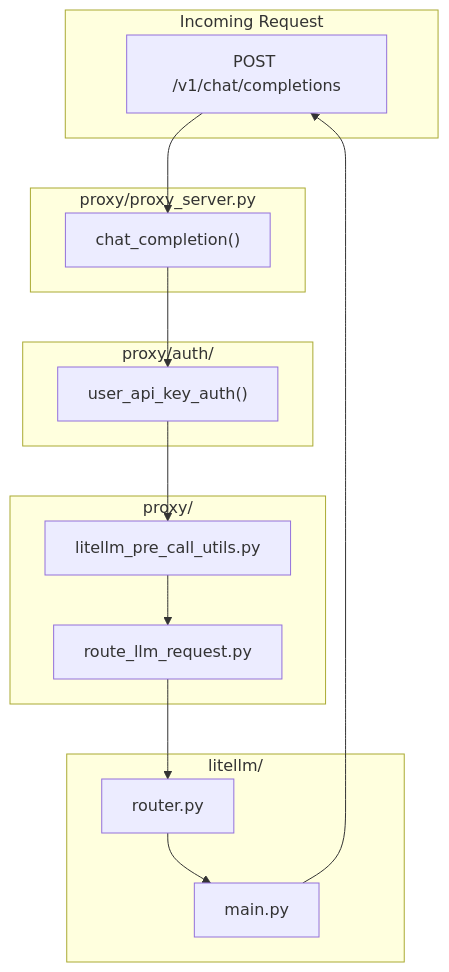
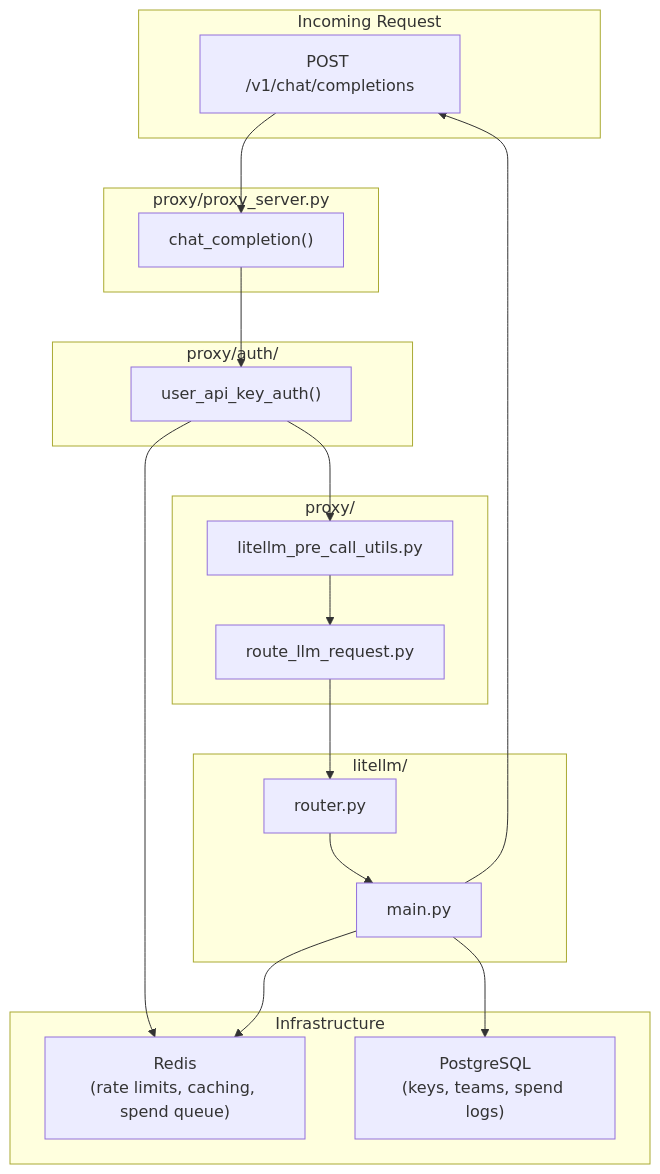
One commit to BerriAI/litellm changed the second of 4 diagrams in ARCHITECTURE.md. Above: the diagram before and after it, drawn with Mermaid. The commit also changed other lines of this file and 1 other file, not shown here.

````diff
--- a/ARCHITECTURE.md
+++ b/ARCHITECTURE.md
@@ -54,32 +70,40 @@
 ```mermaid
 graph TD
     subgraph "Incoming Request"
         Client["POST /v1/chat/completions"]
     end
 
     subgraph "proxy/proxy_server.py"
         Endpoint["chat_completion()"]
     end
 
     subgraph "proxy/auth/"
         Auth["user_api_key_auth()"]
     end
 
     subgraph "proxy/"
         PreCall["litellm_pre_call_utils.py"]
         RouteRequest["route_llm_request.py"]
     end
 
     subgraph "litellm/"
         Router["router.py"]
         Main["main.py"]
     end
 
+    subgraph "Infrastructure"
+        Redis["Redis<br/>(rate limits, caching, spend queue)"]
+        Postgres["PostgreSQL<br/>(keys, teams, spend logs)"]
+    end
+
     Client --> Endpoint
     Endpoint --> Auth
+    Auth --> Redis
     Auth --> PreCall
     PreCall --> RouteRequest
     RouteRequest --> Router
     Router --> Main
+    Main --> Redis
+    Main --> Postgres
     Main --> Client
 ```
````
